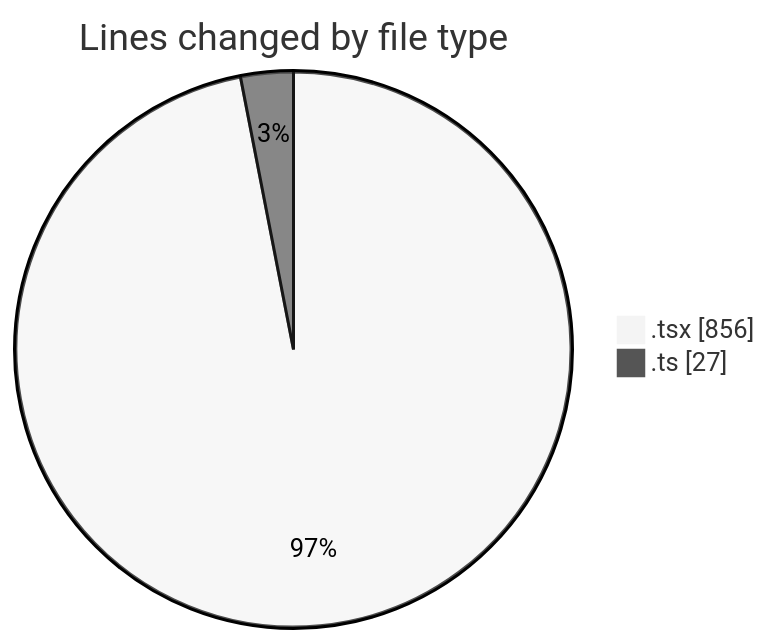
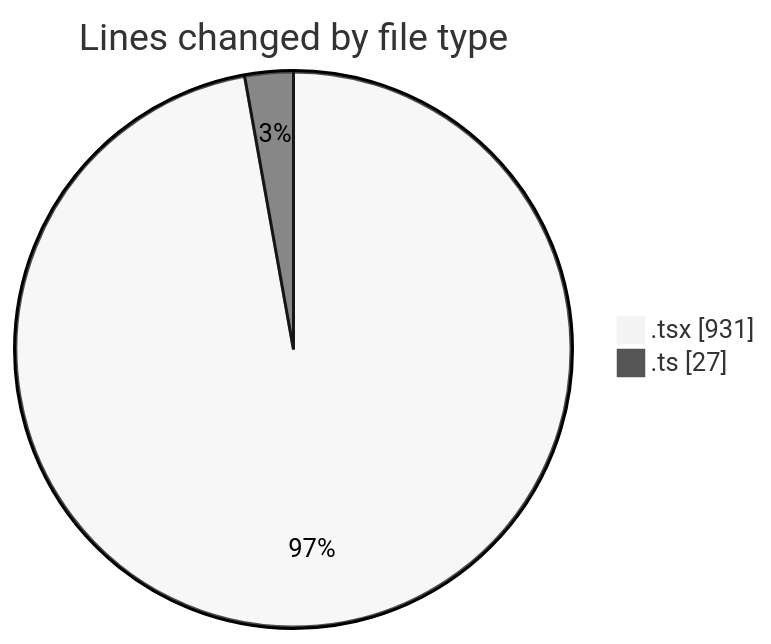
One commit to momahboobian/code-tracking changed the first of 2 diagrams in 2025-02-11/cda/README.md. Above: the diagram before and after it, drawn with Mermaid (neutral theme). The commit also changed other lines of this file and 1 other file, not shown here.

````diff
--- a/2025-02-11/cda/README.md
+++ b/2025-02-11/cda/README.md
@@ -21,6 +21,6 @@
 ```mermaid
 pie showData
 title Lines changed by file type
-".tsx" : 856
+".tsx" : 931
 ".ts" : 27
 ```
````
